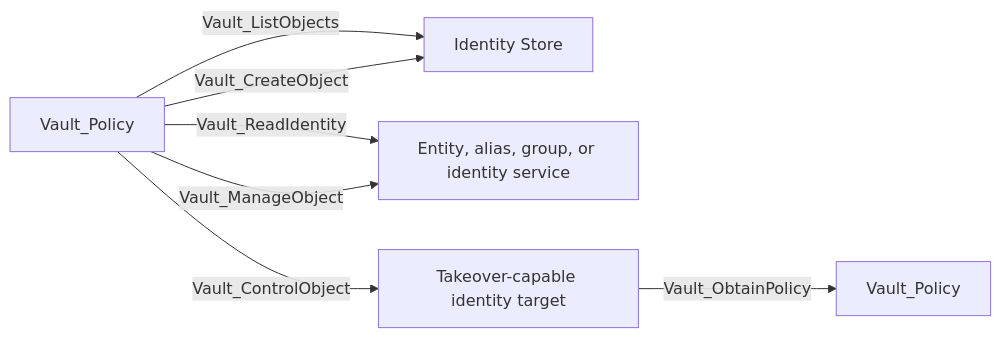
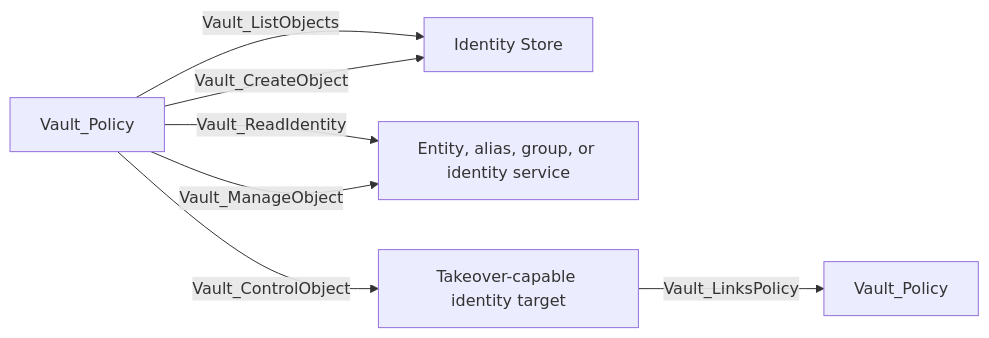
One commit to bytewreck/opengraph-vault changed the third of 11 diagrams in Documentation/stores/IDENTITY.md. Above: the diagram before and after it, drawn with Mermaid. The commit also changed other lines of this file and 12 other files, not shown here.

````diff
--- a/Documentation/stores/IDENTITY.md
+++ b/Documentation/stores/IDENTITY.md
@@ -60,9 +60,9 @@
 ```mermaid
 flowchart LR
     policy[Vault_Policy] -->|Vault_ListObjects| store[Identity Store]
     policy -->|Vault_CreateObject| store
     policy -->|Vault_ReadIdentity| object[Entity, alias, group, or identity service]
     policy -->|Vault_ManageObject| object
     policy -->|Vault_ControlObject| controlled[Takeover-capable identity target]
-    controlled -->|Vault_ObtainPolicy| granted[Vault_Policy]
+    controlled -->|Vault_LinksPolicy| granted[Vault_Policy]
 ```
````
